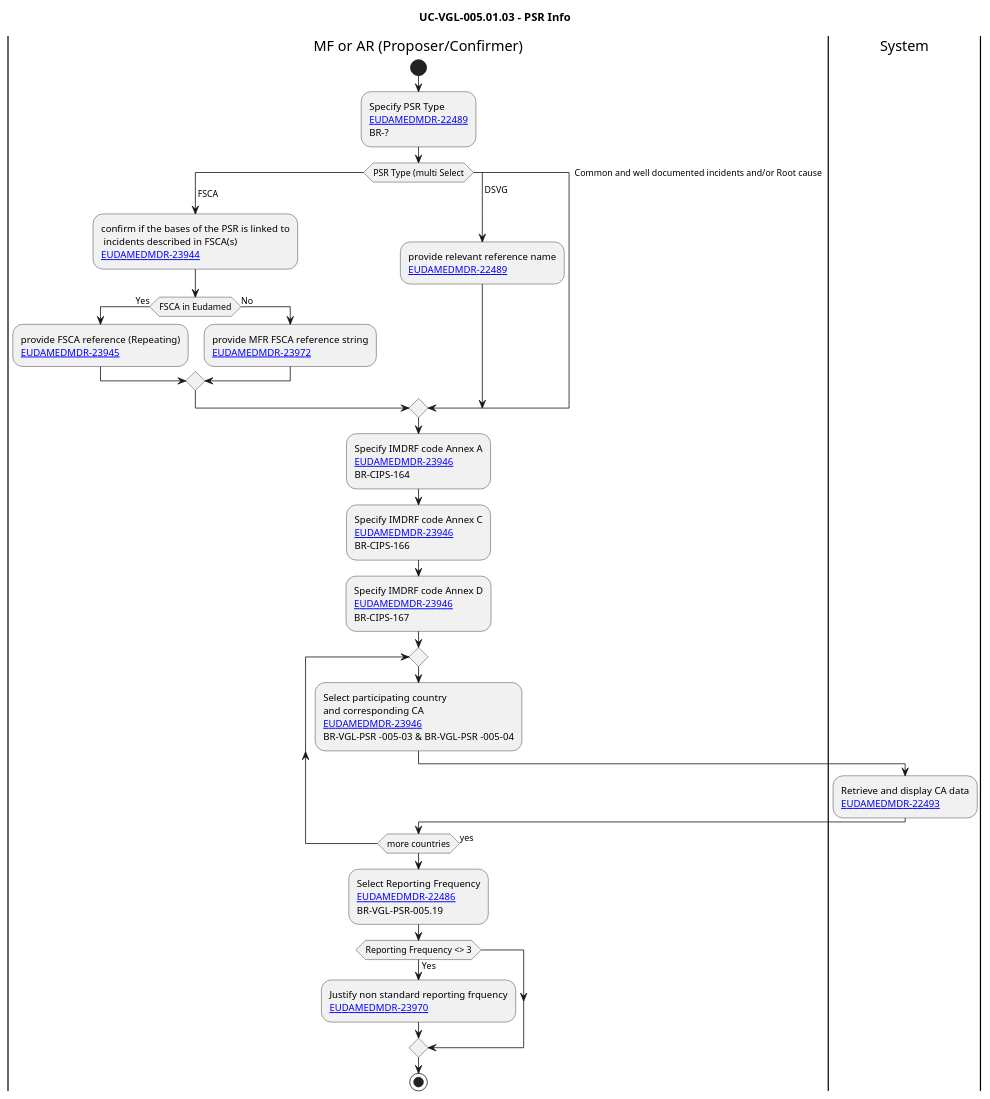
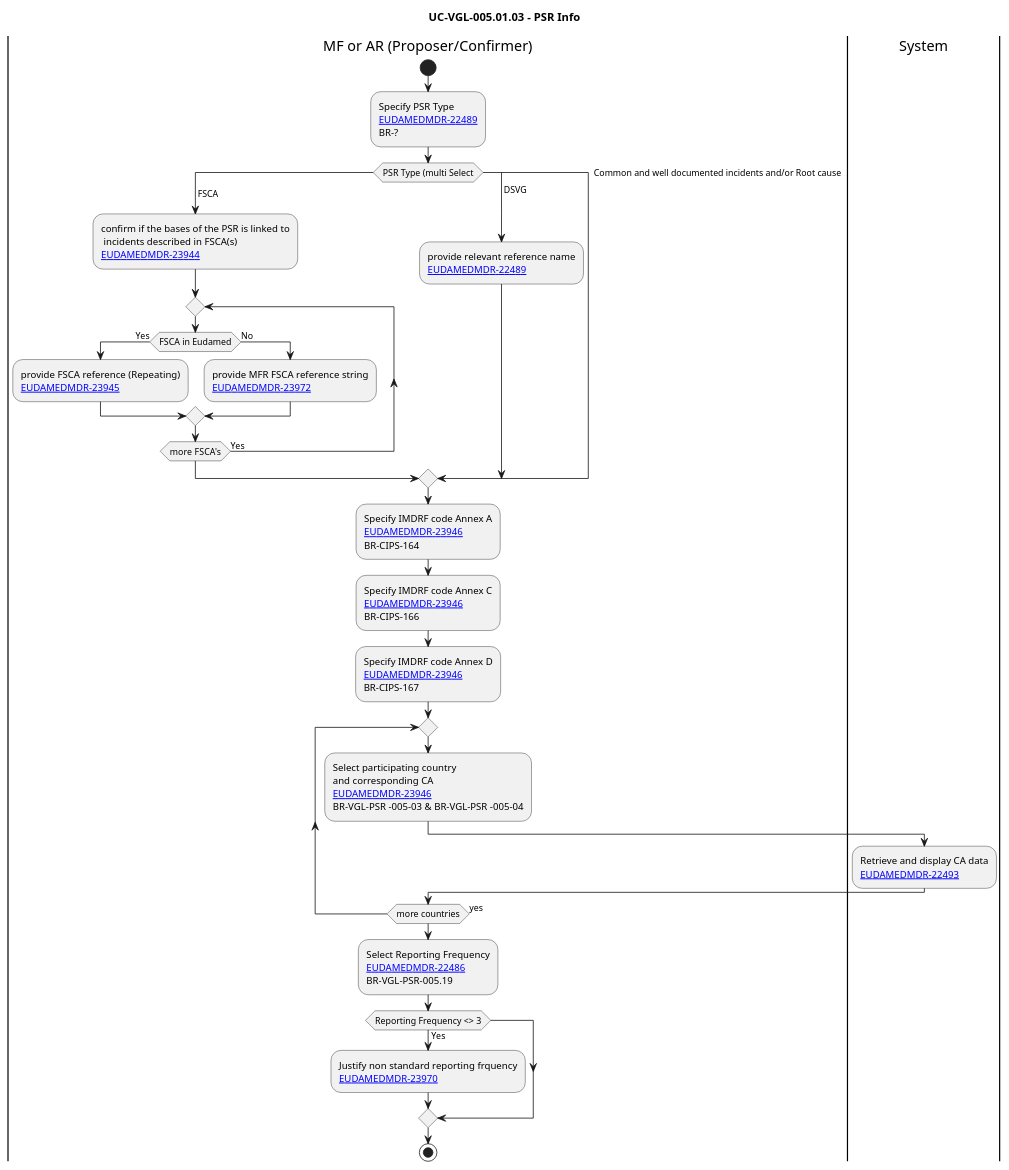
One commit to Les-Gtec/EUDPlantUML changed the diagram in Vigilance/PSR/UC-VGL-005.01.03_PSR_Info-FlowDiagram.puml. Above: the diagram before and after it, drawn with PlantUML.

```diff
--- a/Vigilance/PSR/UC-VGL-005.01.03_PSR_Info-FlowDiagram.puml
+++ b/Vigilance/PSR/UC-VGL-005.01.03_PSR_Info-FlowDiagram.puml
@@ -1,56 +1,58 @@
 @startuml
 title UC-VGL-005.01.03 - PSR Info
 |MF or AR (Proposer/Confirmer)|
 |System|
 |MF or AR (Proposer/Confirmer)|
 start
 :Specify PSR Type
 [[https://citnet.tech.ec.europa.eu/CITnet/jira/browse/EUDAMEDMDR-22489 EUDAMEDMDR-22489]]
 BR-?;
 switch (PSR Type (multi Select)
 case ( FSCA )
   :confirm if the bases of the PSR is linked to
    incidents described in FSCA(s) 
   [[https://citnet.tech.ec.europa.eu/CITnet/jira/browse/EUDAMEDMDR-23944 EUDAMEDMDR-23944]];
-  if (FSCA in Eudamed) then (Yes) 
-    :provide FSCA reference (Repeating)
-    [[https://citnet.tech.ec.europa.eu/CITnet/jira/browse/EUDAMEDMDR-23945 EUDAMEDMDR-23945]];
-  else (No)
-    :provide MFR FSCA reference string 
-    [[https://citnet.tech.ec.europa.eu/CITnet/jira/browse/EUDAMEDMDR-23972 EUDAMEDMDR-23972]];
-  endif
+  repeat
+    if (FSCA in Eudamed) then (Yes) 
+      :provide FSCA reference (Repeating)
+      [[https://citnet.tech.ec.europa.eu/CITnet/jira/browse/EUDAMEDMDR-23945 EUDAMEDMDR-23945]];
+    else (No)
+      :provide MFR FSCA reference string 
+      [[https://citnet.tech.ec.europa.eu/CITnet/jira/browse/EUDAMEDMDR-23972 EUDAMEDMDR-23972]];
+    endif
+  repeat while (more FSCA's) is (Yes)
 case ( DSVG ) 
   label sp_lab0
   :provide relevant reference name 
   [[https://citnet.tech.ec.europa.eu/CITnet/jira/browse/EUDAMEDMDR-22489 EUDAMEDMDR-22489]];
 case ( Common and well documented incidents and/or Root cause )
 
 endswitch
 :Specify IMDRF code Annex A
 [[https://citnet.tech.ec.europa.eu/CITnet/jira/browse/EUDAMEDMDR-23946 EUDAMEDMDR-23946]]
 BR-CIPS-164;
 :Specify IMDRF code Annex C
 [[https://citnet.tech.ec.europa.eu/CITnet/jira/browse/EUDAMEDMDR-23946 EUDAMEDMDR-23946]]
 BR-CIPS-166;
 :Specify IMDRF code Annex D
 [[https://citnet.tech.ec.europa.eu/CITnet/jira/browse/EUDAMEDMDR-23946 EUDAMEDMDR-23946]]
 BR-CIPS-167;
 repeat
   :Select participating country
   and corresponding CA
   [[https://citnet.tech.ec.europa.eu/CITnet/jira/browse/EUDAMEDMDR-22492 EUDAMEDMDR-23946]]
   BR-VGL-PSR -005-03 & BR-VGL-PSR -005-04;
   |System|
   :Retrieve and display CA data
   [[https://citnet.tech.ec.europa.eu/CITnet/jira/browse/EUDAMEDMDR-22493 EUDAMEDMDR-22493]];
   |MF or AR (Proposer/Confirmer)|
 repeat while (more countries) is (yes)
 :Select Reporting Frequency
 [[https://citnet.tech.ec.europa.eu/CITnet/jira/browse/EUDAMEDMDR-22486 EUDAMEDMDR-22486]]
 BR-VGL-PSR-005.19;
 if (Reporting Frequency <> 3) then (Yes)
   :Justify non standard reporting frquency
   [[https://citnet.tech.ec.europa.eu/CITnet/jira/browse/EUDAMEDMDR-23970 EUDAMEDMDR-23970]];
 endif
 stop
 @enduml
```
